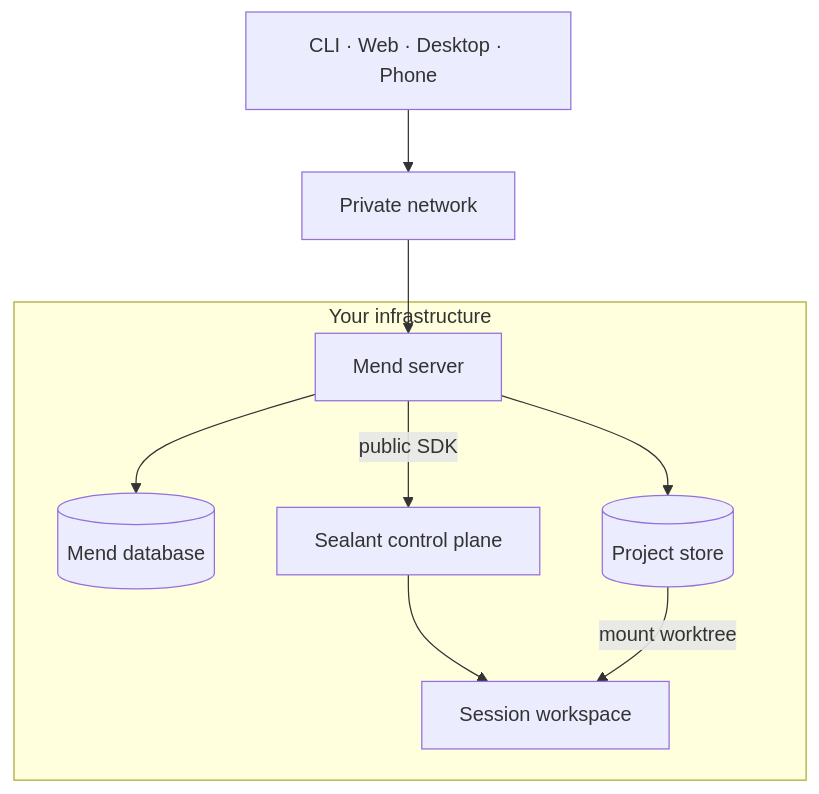
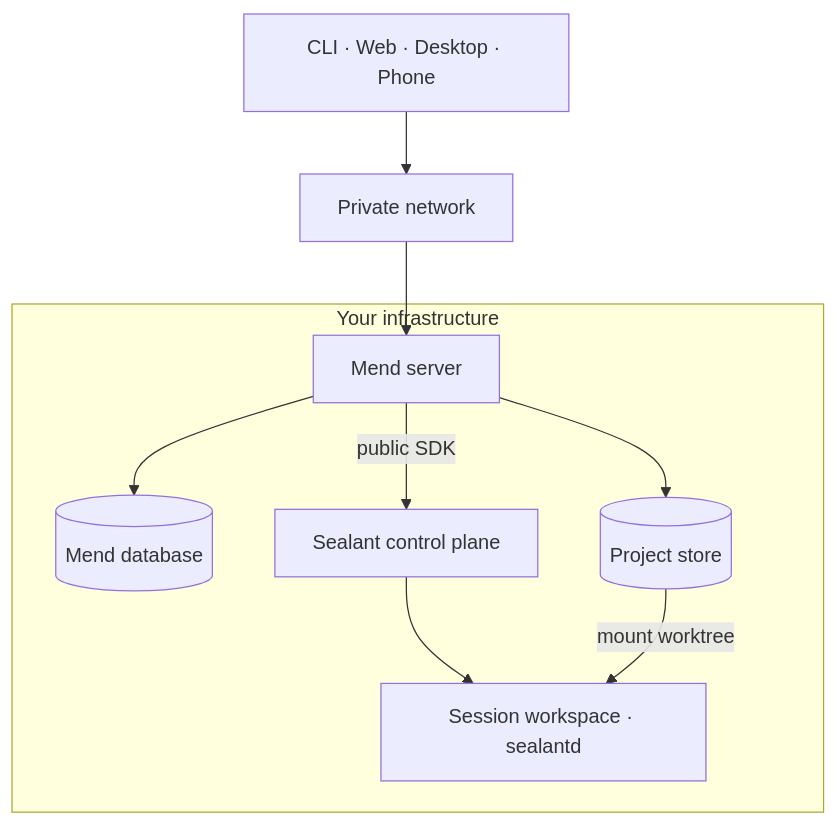
One commit to sealant-sh/Mend changed the first of 3 diagrams in apps/docs/src/content/docs/concepts/how-mend-works.md. Above: the diagram before and after it, drawn with Mermaid. The commit also changed other lines of this file and 9 other files, not shown here.

````diff
--- a/apps/docs/src/content/docs/concepts/how-mend-works.md
+++ b/apps/docs/src/content/docs/concepts/how-mend-works.md
@@ -21,20 +28,20 @@
 ```mermaid
 flowchart TB
   clients[CLI · Web · Desktop · Phone]
   network[Private network]
 
   subgraph host[Your infrastructure]
     mend[Mend server]
     db[(Mend database)]
     store[(Project store)]
     sealant[Sealant control plane]
-    workspace[Session workspace]
+    workspace[Session workspace · sealantd]
   end
 
   clients --> network --> mend
   mend --> db
   mend --> store
   mend -->|public SDK| sealant
   sealant --> workspace
   store -->|mount worktree| workspace
 ```
````
